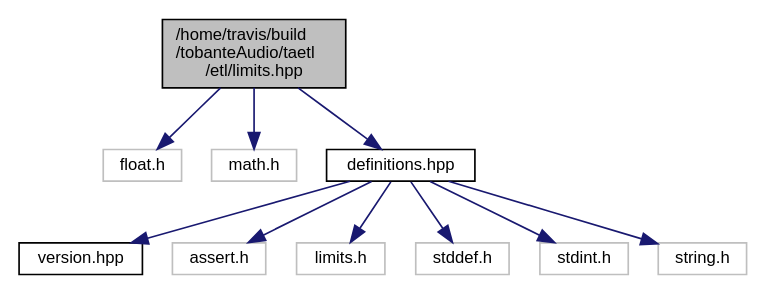
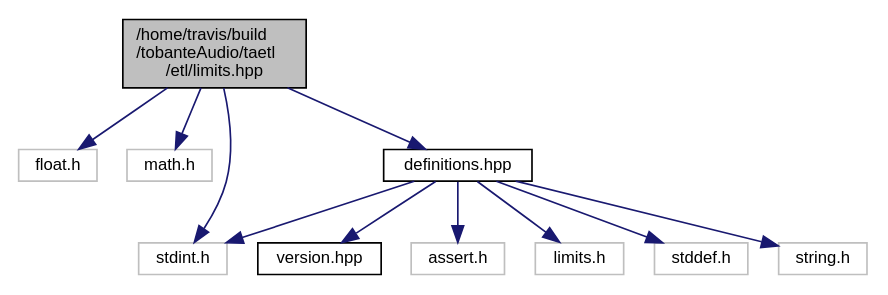
One commit to tobanteAudio/taetl changed the diagram in limits_8hpp__incl.dot. Above: the diagram before and after it, drawn with Graphviz. The commit also changed 13 other files, not shown here.

```diff
--- a/limits_8hpp__incl.dot
+++ b/limits_8hpp__incl.dot
@@ -1,24 +1,25 @@
 digraph "/home/travis/build/tobanteAudio/taetl/etl/limits.hpp"
 {
   edge [fontname="Helvetica",fontsize="10",labelfontname="Helvetica",labelfontsize="10"];
   node [fontname="Helvetica",fontsize="10",shape=record];
   Node0 [label="/home/travis/build\l/tobanteAudio/taetl\l/etl/limits.hpp",height=0.2,width=0.4,color="black", fillcolor="grey75", style="filled", fontcolor="black"];
   Node0 -> Node1 [color="midnightblue",fontsize="10",style="solid",fontname="Helvetica"];
   Node1 [label="float.h",height=0.2,width=0.4,color="grey75", fillcolor="white", style="filled"];
   Node0 -> Node2 [color="midnightblue",fontsize="10",style="solid",fontname="Helvetica"];
   Node2 [label="math.h",height=0.2,width=0.4,color="grey75", fillcolor="white", style="filled"];
   Node0 -> Node3 [color="midnightblue",fontsize="10",style="solid",fontname="Helvetica"];
-  Node3 [label="definitions.hpp",height=0.2,width=0.4,color="black", fillcolor="white", style="filled",URL="$definitions_8hpp.html"];
-  Node3 -> Node4 [color="midnightblue",fontsize="10",style="solid",fontname="Helvetica"];
-  Node4 [label="version.hpp",height=0.2,width=0.4,color="black", fillcolor="white", style="filled",URL="$version_8hpp.html"];
-  Node3 -> Node5 [color="midnightblue",fontsize="10",style="solid",fontname="Helvetica"];
-  Node5 [label="assert.h",height=0.2,width=0.4,color="grey75", fillcolor="white", style="filled"];
-  Node3 -> Node6 [color="midnightblue",fontsize="10",style="solid",fontname="Helvetica"];
-  Node6 [label="limits.h",height=0.2,width=0.4,color="grey75", fillcolor="white", style="filled"];
-  Node3 -> Node7 [color="midnightblue",fontsize="10",style="solid",fontname="Helvetica"];
-  Node7 [label="stddef.h",height=0.2,width=0.4,color="grey75", fillcolor="white", style="filled"];
-  Node3 -> Node8 [color="midnightblue",fontsize="10",style="solid",fontname="Helvetica"];
-  Node8 [label="stdint.h",height=0.2,width=0.4,color="grey75", fillcolor="white", style="filled"];
-  Node3 -> Node9 [color="midnightblue",fontsize="10",style="solid",fontname="Helvetica"];
+  Node3 [label="stdint.h",height=0.2,width=0.4,color="grey75", fillcolor="white", style="filled"];
+  Node0 -> Node4 [color="midnightblue",fontsize="10",style="solid",fontname="Helvetica"];
+  Node4 [label="definitions.hpp",height=0.2,width=0.4,color="black", fillcolor="white", style="filled",URL="$definitions_8hpp.html"];
+  Node4 -> Node5 [color="midnightblue",fontsize="10",style="solid",fontname="Helvetica"];
+  Node5 [label="version.hpp",height=0.2,width=0.4,color="black", fillcolor="white", style="filled",URL="$version_8hpp.html"];
+  Node4 -> Node6 [color="midnightblue",fontsize="10",style="solid",fontname="Helvetica"];
+  Node6 [label="assert.h",height=0.2,width=0.4,color="grey75", fillcolor="white", style="filled"];
+  Node4 -> Node7 [color="midnightblue",fontsize="10",style="solid",fontname="Helvetica"];
+  Node7 [label="limits.h",height=0.2,width=0.4,color="grey75", fillcolor="white", style="filled"];
+  Node4 -> Node8 [color="midnightblue",fontsize="10",style="solid",fontname="Helvetica"];
+  Node8 [label="stddef.h",height=0.2,width=0.4,color="grey75", fillcolor="white", style="filled"];
+  Node4 -> Node3 [color="midnightblue",fontsize="10",style="solid",fontname="Helvetica"];
+  Node4 -> Node9 [color="midnightblue",fontsize="10",style="solid",fontname="Helvetica"];
   Node9 [label="string.h",height=0.2,width=0.4,color="grey75", fillcolor="white", style="filled"];
 }
```
